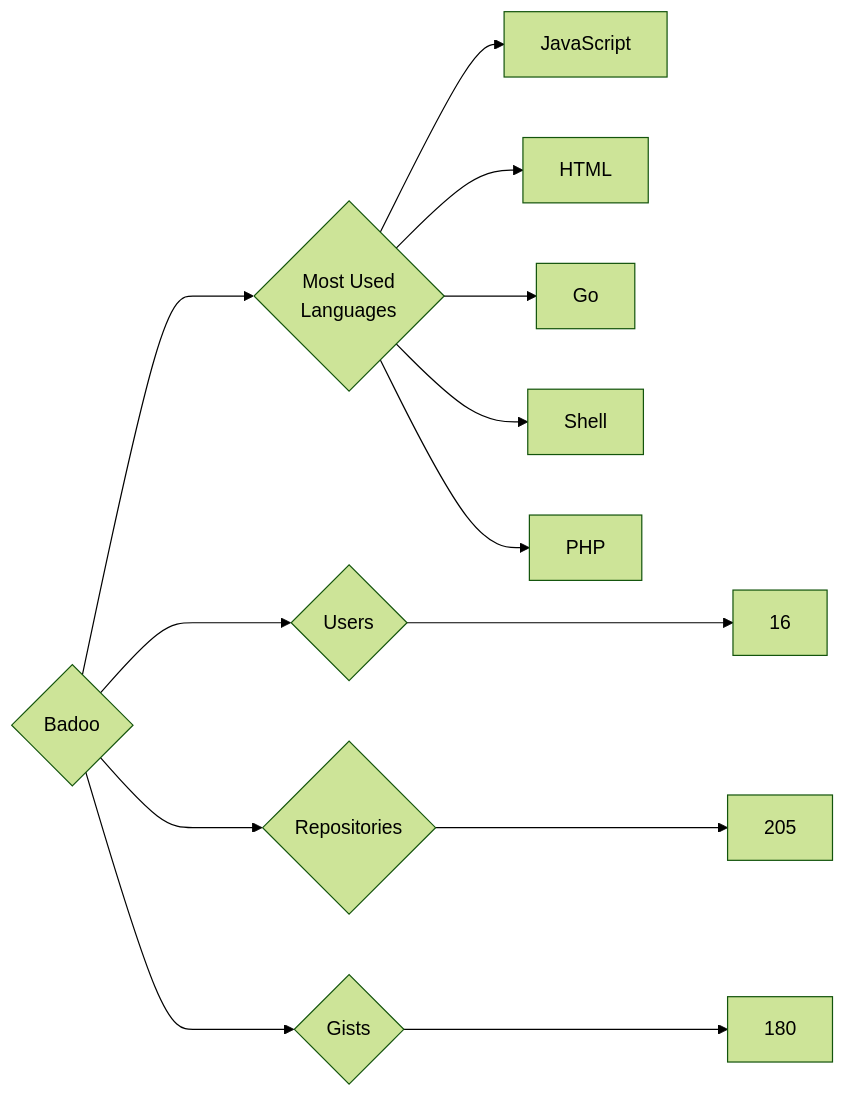
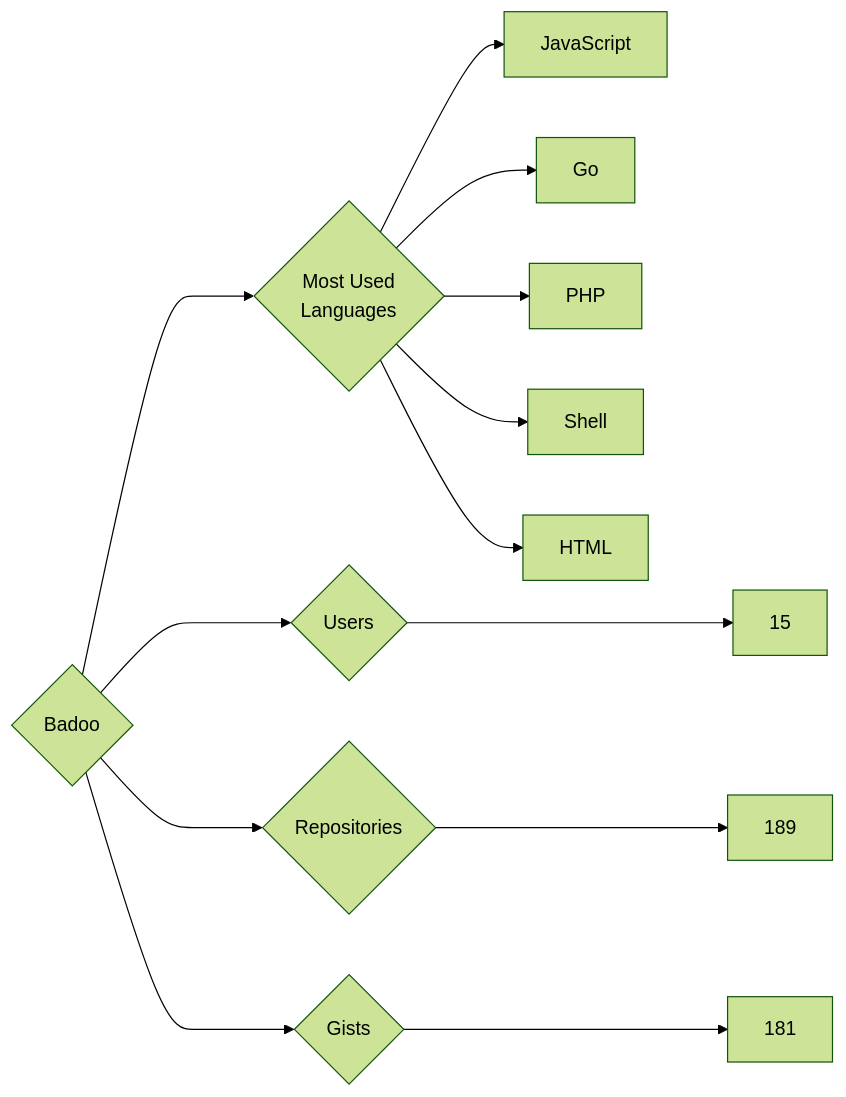
The diagram in targets/Badoo/README.md (trickest/insiders), drawn with Mermaid (forest theme) before and after one commit. The commit also changed 916 other files, not shown here.

````diff
--- a/targets/Badoo/README.md
+++ b/targets/Badoo/README.md
@@ -3,13 +3,13 @@
 ```mermaid
 graph LR
 COMPANY_NAME{Badoo}
-COMPANY_NAME ---> U{Users} ---> UN[16]
-COMPANY_NAME ---> R{Repositories} ---> RN[205]
-COMPANY_NAME ---> G{Gists} ---> GN[180]
+COMPANY_NAME ---> U{Users} ---> UN[15]
+COMPANY_NAME ---> R{Repositories} ---> RN[189]
+COMPANY_NAME ---> G{Gists} ---> GN[181]
 COMPANY_NAME ---> ML{Most Used<br>Languages}
 ML --> JavaScript[JavaScript]
+ML --> Go[Go]
+ML --> PHP[PHP]
+ML --> Shell[Shell]
 ML --> HTML[HTML]
-ML --> Go[Go]
-ML --> Shell[Shell]
-ML --> PHP[PHP]
 ```
````
